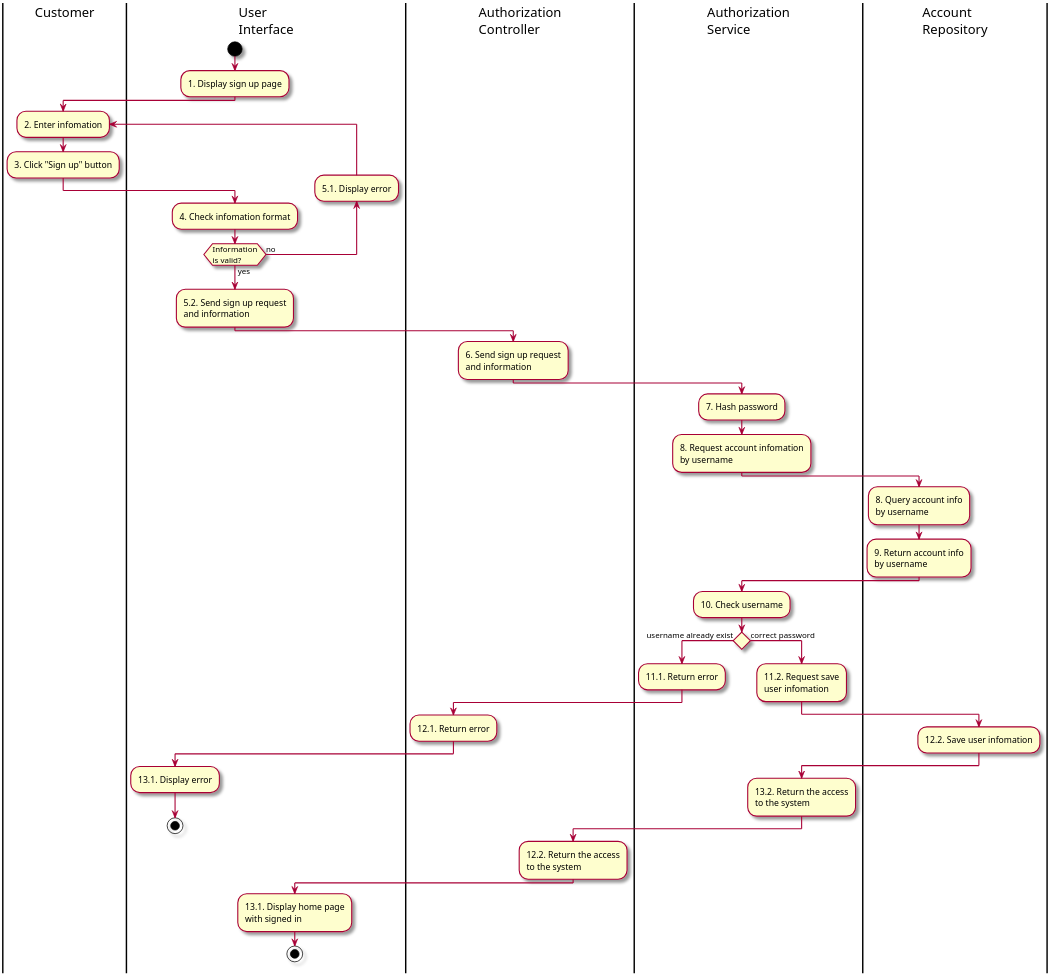
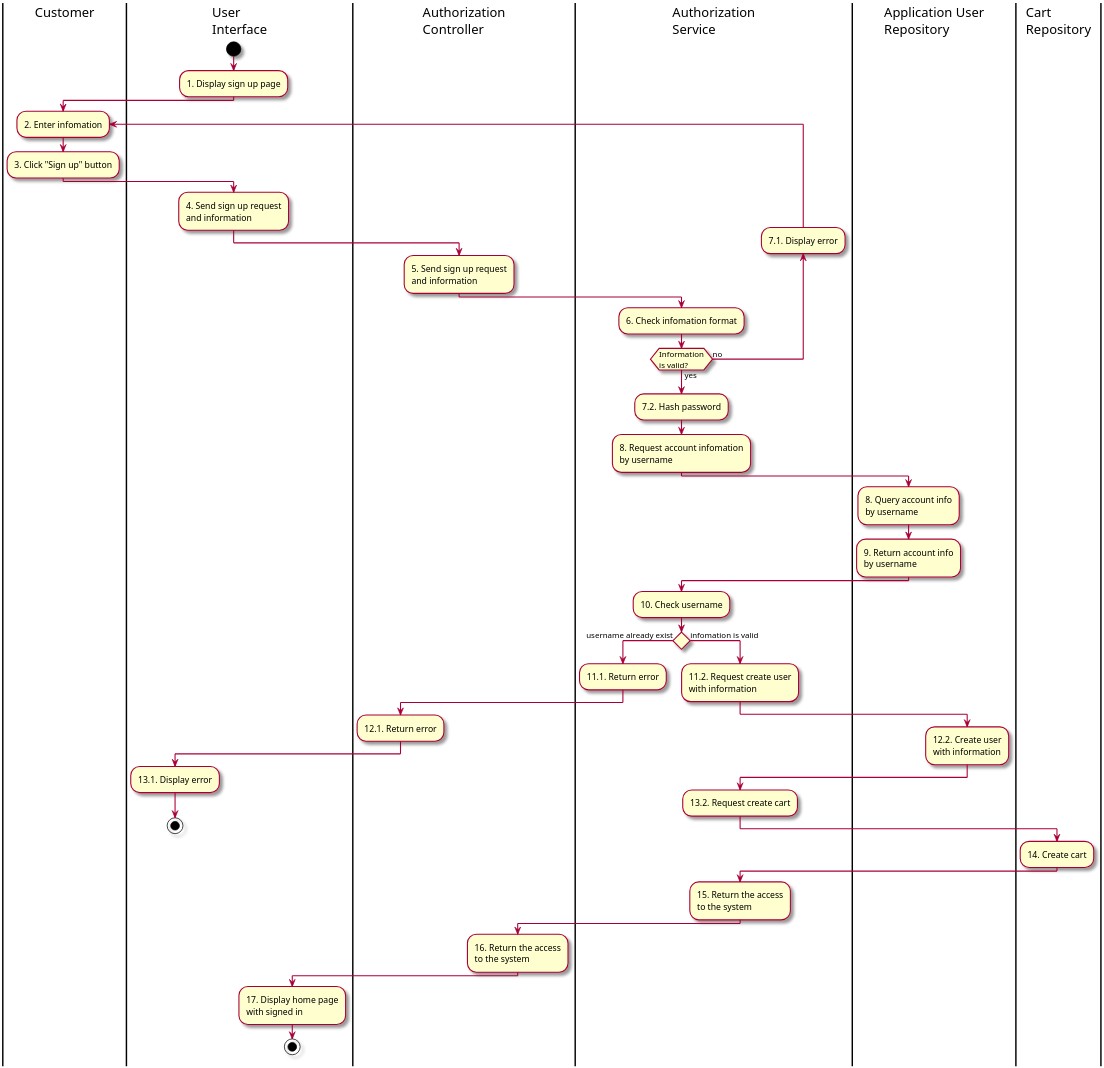
Before and after one commit to Marowota/ecommerce-plantuml: the diagram in Activity/2. ActSignUp.puml, drawn with PlantUML. The commit also changed 1 other file, not shown here.

```diff
--- a/Activity/2. ActSignUp.puml
+++ b/Activity/2. ActSignUp.puml
@@ -1,51 +1,56 @@
 @startuml ActSignUp
 
 skin rose
 scale 3
 
 |Customer|
 |User\nInterface|
 |Authorization\nController|
 |Authorization\nService|
-|Account\nRepository|
+|Application User\nRepository|
+|Cart\nRepository|
 |User\nInterface|
 start
 :1. Display sign up page;
 |Customer|
 repeat :2. Enter infomation;
 :3. Click "Sign up" button;
 |User\nInterface|
-:4. Check infomation format;
-backward :5.1. Display error;
+:4. Send sign up request\nand information;
+|Authorization\nController|
+:5. Send sign up request\nand information;
+|Authorization\nService|
+:6. Check infomation format;
+backward :7.1. Display error;
 repeat while (Information\nis valid?) is(no) not(yes)
-:5.2. Send sign up request\nand information;
-|Authorization\nController|
-:6. Send sign up request\nand information;
-|Authorization\nService|
-:7. Hash password;
+:7.2. Hash password;
 :8. Request account infomation\nby username;
-|Account\nRepository|
+|Application User\nRepository|
 :8. Query account info\nby username;
 :9. Return account info\nby username;
 |Authorization\nService|
 :10. Check username;
 if () then (username already exist)
     :11.1. Return error;
     |Authorization\nController|
     :12.1. Return error;
     |User\nInterface|
     :13.1. Display error;
     stop
-else(correct password)
+else(infomation is valid)
     |Authorization\nService|
-    :11.2. Request save\nuser infomation;
-    |Account\nRepository|
-    :12.2. Save user infomation;
+    :11.2. Request create user\nwith information;
+    |Application User\nRepository|
+    :12.2. Create user\nwith information;
     |Authorization\nService|
-    :13.2. Return the access\nto the system;
+    :13.2. Request create cart;
+    |Cart\nRepository|
+    :14. Create cart;
+    |Authorization\nService|
+    :15. Return the access\nto the system;
     |Authorization\nController|
-    :12.2. Return the access\nto the system;
+    :16. Return the access\nto the system;
     |User\nInterface|
-    :13.1. Display home page\nwith signed in;
+    :17. Display home page\nwith signed in;
     stop
 @enduml
```
